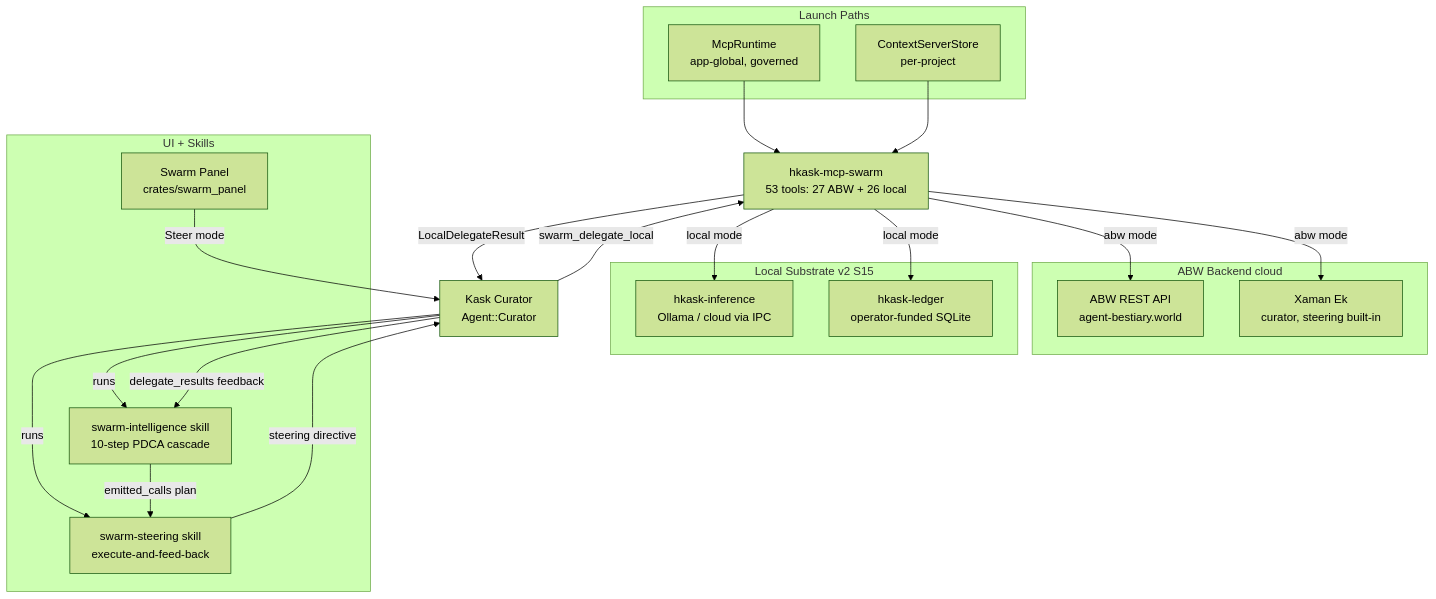
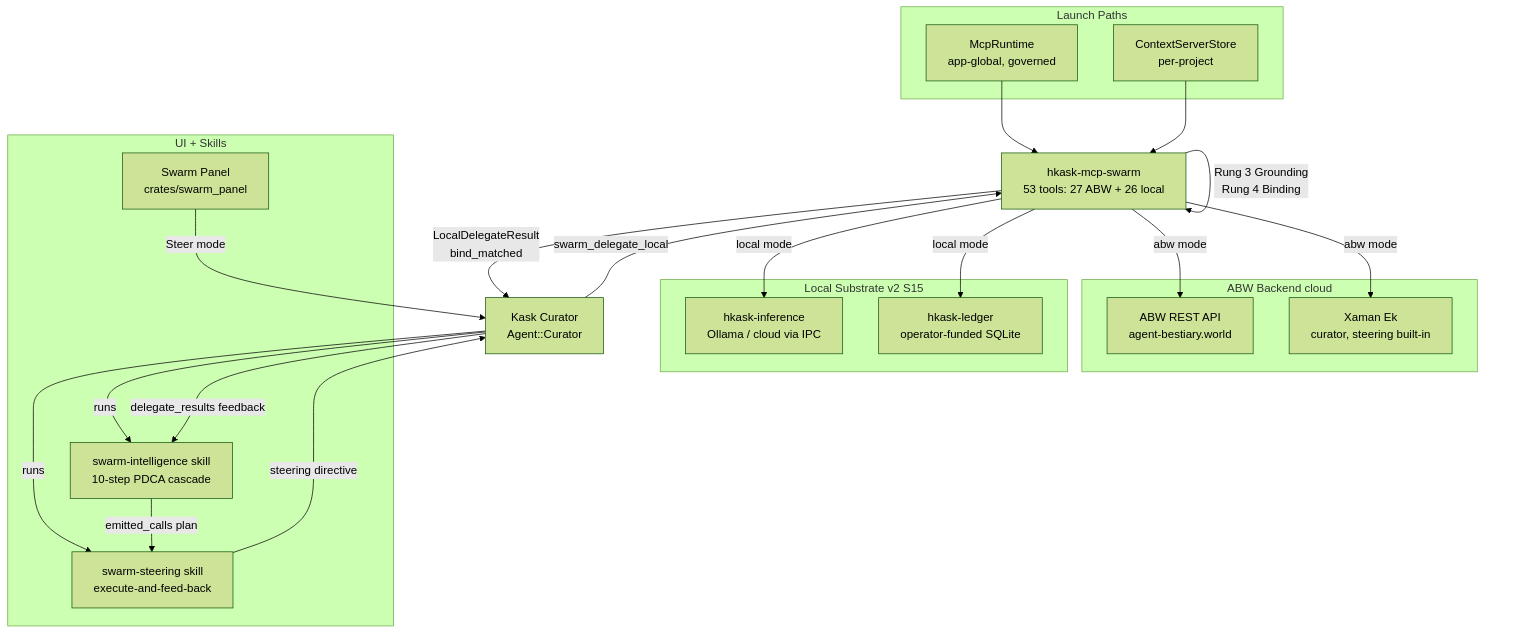
The diagram in kask/docs/diagrams/flowchart-swarm-architecture.md (mdz-axo/zed-kask), drawn with Mermaid (forest theme) before and after one commit. The commit also changed other lines of this file and 8 other files, not shown here.

````diff
--- a/kask/docs/diagrams/flowchart-swarm-architecture.md
+++ b/kask/docs/diagrams/flowchart-swarm-architecture.md
@@ -15,39 +15,40 @@
 ```mermaid
 flowchart TD
     subgraph launch[Launch Paths]
         MR[McpRuntime<br/>app-global, governed]
         CS[ContextServerStore<br/>per-project]
     end
     SWARM[hkask-mcp-swarm<br/>53 tools: 27 ABW + 26 local]
     MR --> SWARM
     CS --> SWARM
 
     subgraph abw[ABW Backend cloud]
         ABW_API[ABW REST API<br/>agent-bestiary.world]
         XAMAN[Xaman Ek<br/>curator, steering built-in]
     end
 
     subgraph local[Local Substrate v2 S15]
         INF[hkask-inference<br/>Ollama / cloud via IPC]
         LEDGER[hkask-ledger<br/>operator-funded SQLite]
     end
 
     SWARM -->|abw mode| ABW_API
     SWARM -->|abw mode| XAMAN
     SWARM -->|local mode| INF
     SWARM -->|local mode| LEDGER
 
     subgraph ui[UI + Skills]
         PANEL[Swarm Panel<br/>crates/swarm_panel]
         SI[swarm-intelligence skill<br/>10-step PDCA cascade]
         SS[swarm-steering skill<br/>execute-and-feed-back]
     end
     PANEL -->|Steer mode| CURATOR[Kask Curator<br/>Agent::Curator]
     CURATOR -->|runs| SI
     CURATOR -->|runs| SS
     SI -->|emitted_calls plan| SS
     SS -->|steering directive| CURATOR
     CURATOR -->|swarm_delegate_local| SWARM
-    SWARM -->|LocalDelegateResult| CURATOR
+    SWARM -->|Rung 3 Grounding<br/>Rung 4 Binding| SWARM
+    SWARM -->|LocalDelegateResult<br/>bind_matched| CURATOR
     CURATOR -->|delegate_results feedback| SI
 ```
````
